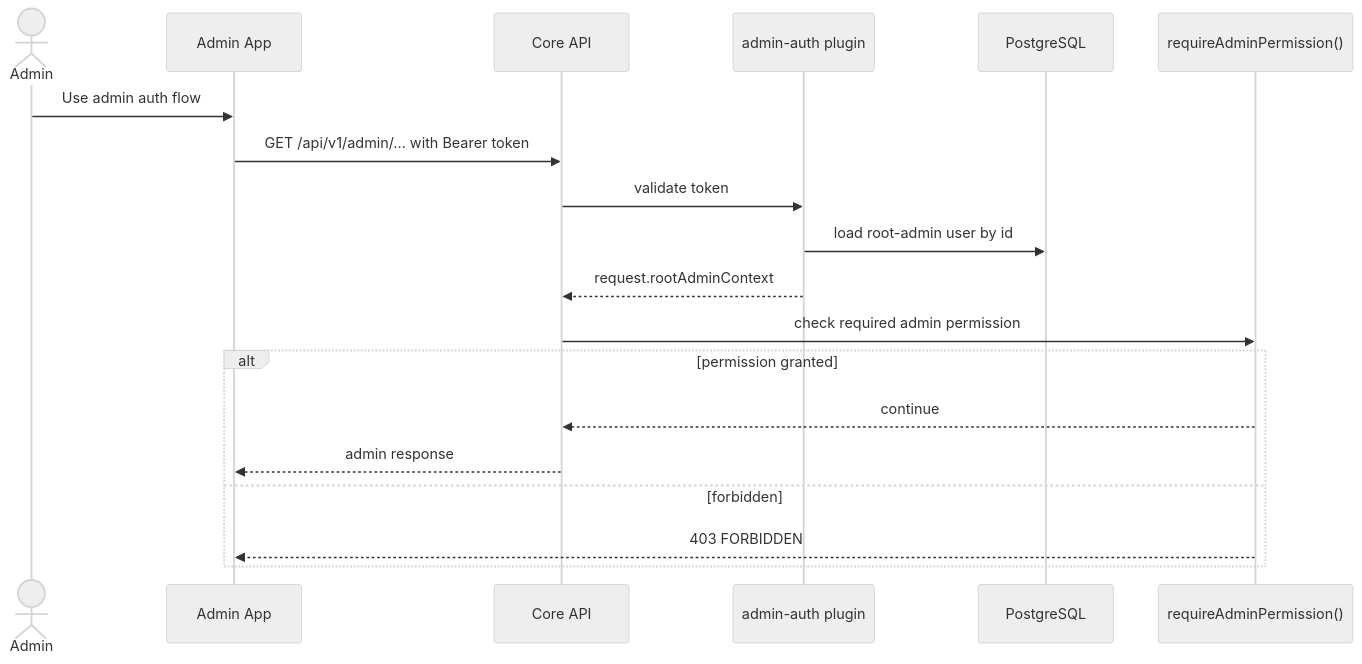
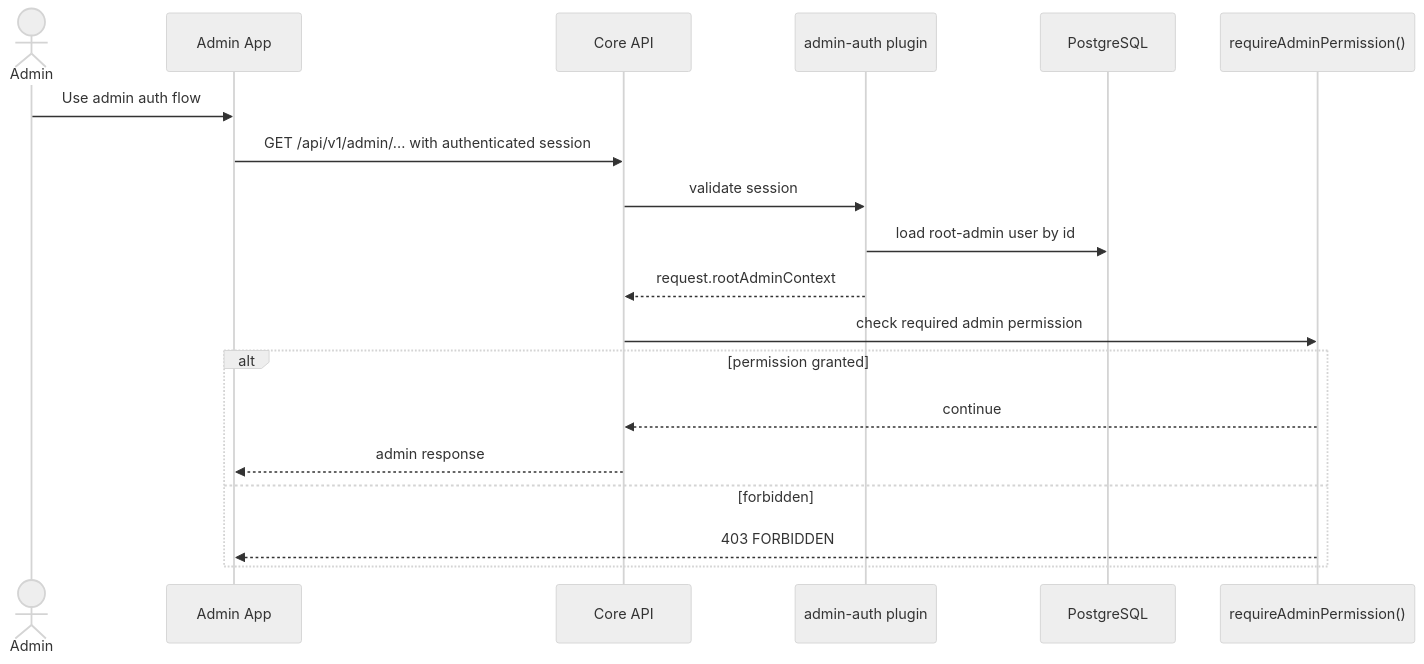
Before and after one commit to derek-dorazio/pool-master: the fifth of 6 diagrams in docs/AUTHENTICATION-AUTHORIZATION.md, drawn with Mermaid (neutral theme). The commit also changed other lines of this file and 31 other files, not shown here.

````diff
--- a/docs/AUTHENTICATION-AUTHORIZATION.md
+++ b/docs/AUTHENTICATION-AUTHORIZATION.md
@@ -342,22 +347,22 @@
 ```mermaid
 sequenceDiagram
     actor Admin
     participant UI as Admin App
     participant API as Core API
     participant Plugin as admin-auth plugin
     participant DB as PostgreSQL
     participant Perm as requireAdminPermission()
 
     Admin->>UI: Use admin auth flow
-    UI->>API: GET /api/v1/admin/... with Bearer token
-    API->>Plugin: validate token
+    UI->>API: GET /api/v1/admin/... with authenticated session
+    API->>Plugin: validate session
     Plugin->>DB: load root-admin user by id
     Plugin-->>API: request.rootAdminContext
     API->>Perm: check required admin permission
     alt permission granted
         Perm-->>API: continue
         API-->>UI: admin response
     else forbidden
         Perm-->>UI: 403 FORBIDDEN
     end
 ```
````
